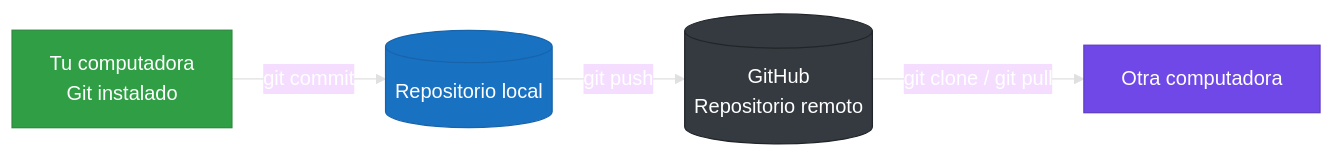
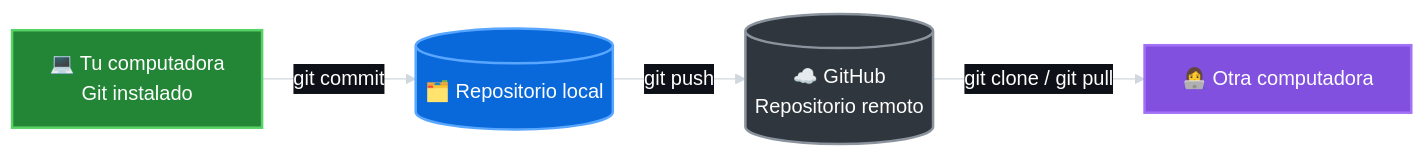
Before and after one commit to 7on2/curso-git-github-desde-cero: the second of 9 diagrams in README.md, drawn with Mermaid. The commit also changed other lines of this file, not shown here.

Commit message:
Mejora colores e iconos de diagramas Mermaid

````diff
--- a/README.md
+++ b/README.md
@@ -200,12 +200,12 @@
 ```mermaid
-%%{init: {'theme': 'base', 'themeVariables': {'primaryTextColor': '#fff', 'lineColor': '#e0e0e0'}}}%%
+%%{init: {'theme': 'base', 'themeVariables': {'primaryTextColor': '#ffffff', 'secondaryTextColor': '#ffffff', 'tertiaryTextColor': '#ffffff', 'lineColor': '#d0d7de', 'edgeLabelBackground': '#0d1117', 'fontFamily': 'Arial'}}}%%
 flowchart LR
-    Dev[Tu computadora\nGit instalado] -->|git commit| Local[(Repositorio local)]
-    Local -->|git push| GH[(GitHub\nRepositorio remoto)]
-    GH -->|git clone / git pull| Alumno[Otra computadora]
+    Dev[💻 Tu computadora\nGit instalado] -->|git commit| Local[(🗂️ Repositorio local)]
+    Local -->|git push| GH[(☁️ GitHub\nRepositorio remoto)]
+    GH -->|git clone / git pull| Alumno[👩‍💻 Otra computadora]
 
-    style Dev fill:#2f9e44,stroke:#2b8a3e,color:#fff
-    style Local fill:#1971c2,stroke:#1864ab,color:#fff
-    style GH fill:#343a40,stroke:#212529,color:#fff
-    style Alumno fill:#7048e8,stroke:#5f3dc4,color:#fff
+    style Dev fill:#238636,stroke:#56d364,stroke-width:2px,color:#ffffff
+    style Local fill:#0969da,stroke:#58a6ff,stroke-width:2px,color:#ffffff
+    style GH fill:#30363d,stroke:#8b949e,stroke-width:2px,color:#ffffff
+    style Alumno fill:#8250df,stroke:#a371f7,stroke-width:2px,color:#ffffff
 ```
````
